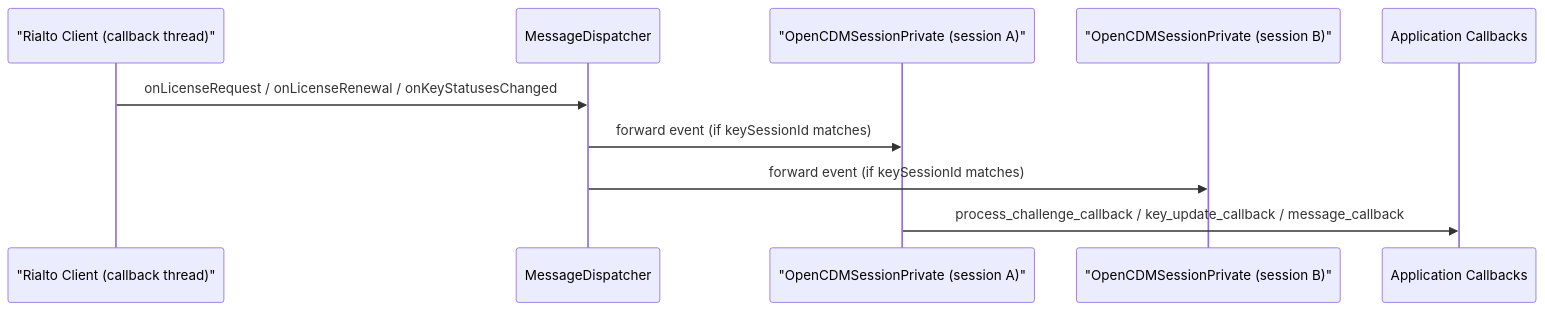
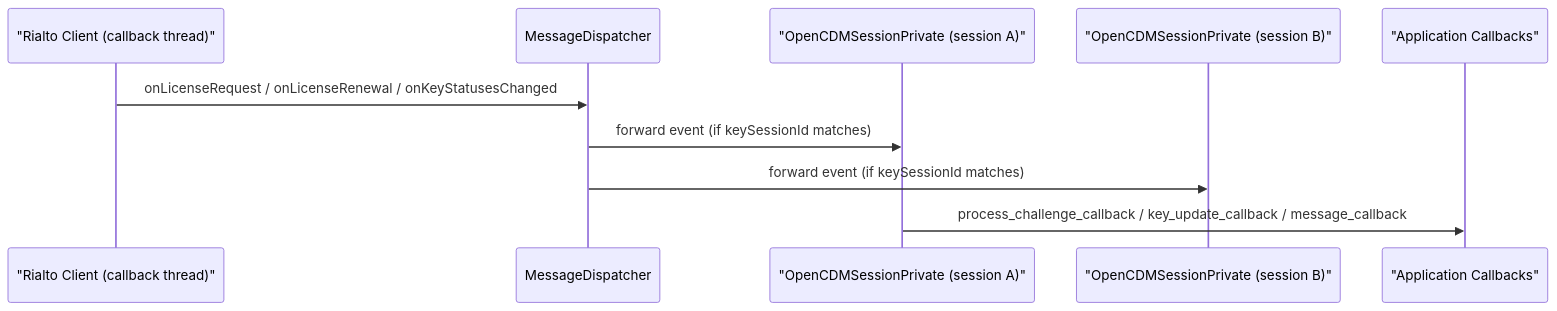
One commit to rns21/RDK_Documentation changed the seventh of 7 diagrams in docs/docu/RDKV-Documentations/rialto-ocdm.md. Above: the diagram before and after it, drawn with Mermaid. The commit also changed other lines of this file, not shown here.

````diff
--- a/docs/docu/RDKV-Documentations/rialto-ocdm.md
+++ b/docs/docu/RDKV-Documentations/rialto-ocdm.md
@@ -359,13 +359,13 @@
 ```mermaid
 sequenceDiagram
     participant RialtoClient as "Rialto Client (callback thread)"
     participant MsgD as MessageDispatcher
     participant Sess1 as "OpenCDMSessionPrivate (session A)"
     participant Sess2 as "OpenCDMSessionPrivate (session B)"
-    participant App as Application Callbacks
+    participant App as "Application Callbacks"
 
     RialtoClient->>MsgD: onLicenseRequest / onLicenseRenewal / onKeyStatusesChanged
     MsgD->>Sess1: forward event (if keySessionId matches)
     MsgD->>Sess2: forward event (if keySessionId matches)
     Sess1->>App: process_challenge_callback / key_update_callback / message_callback
 ```
````
